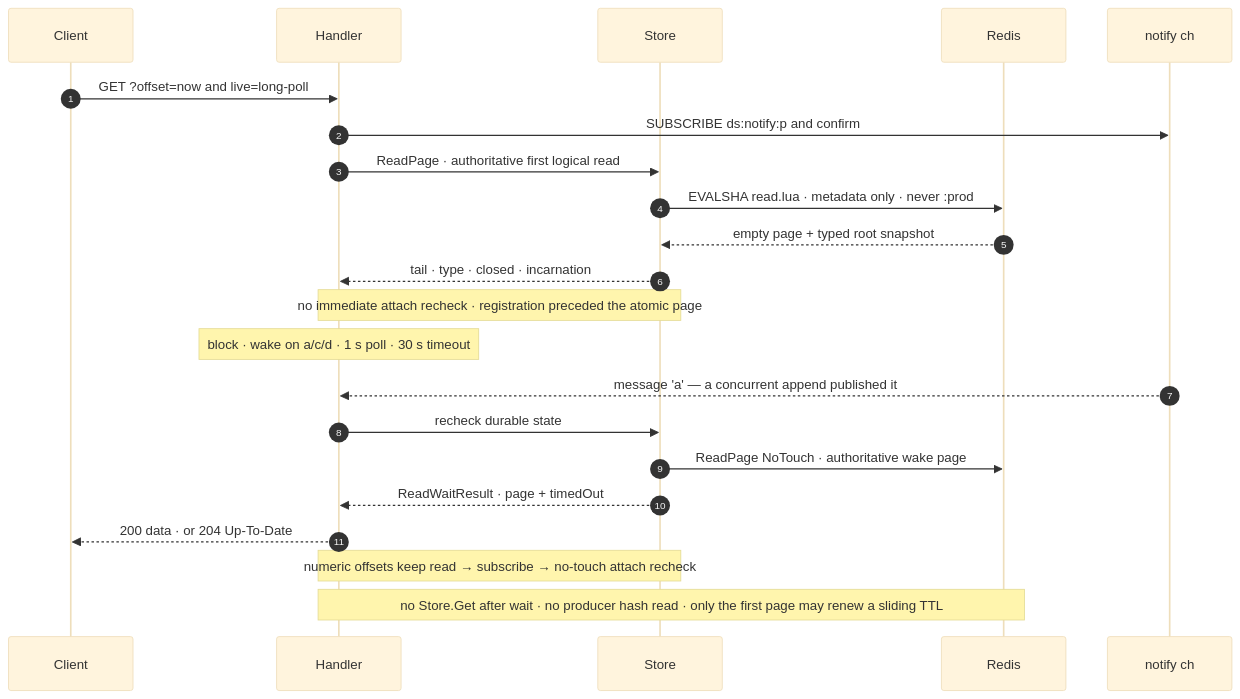
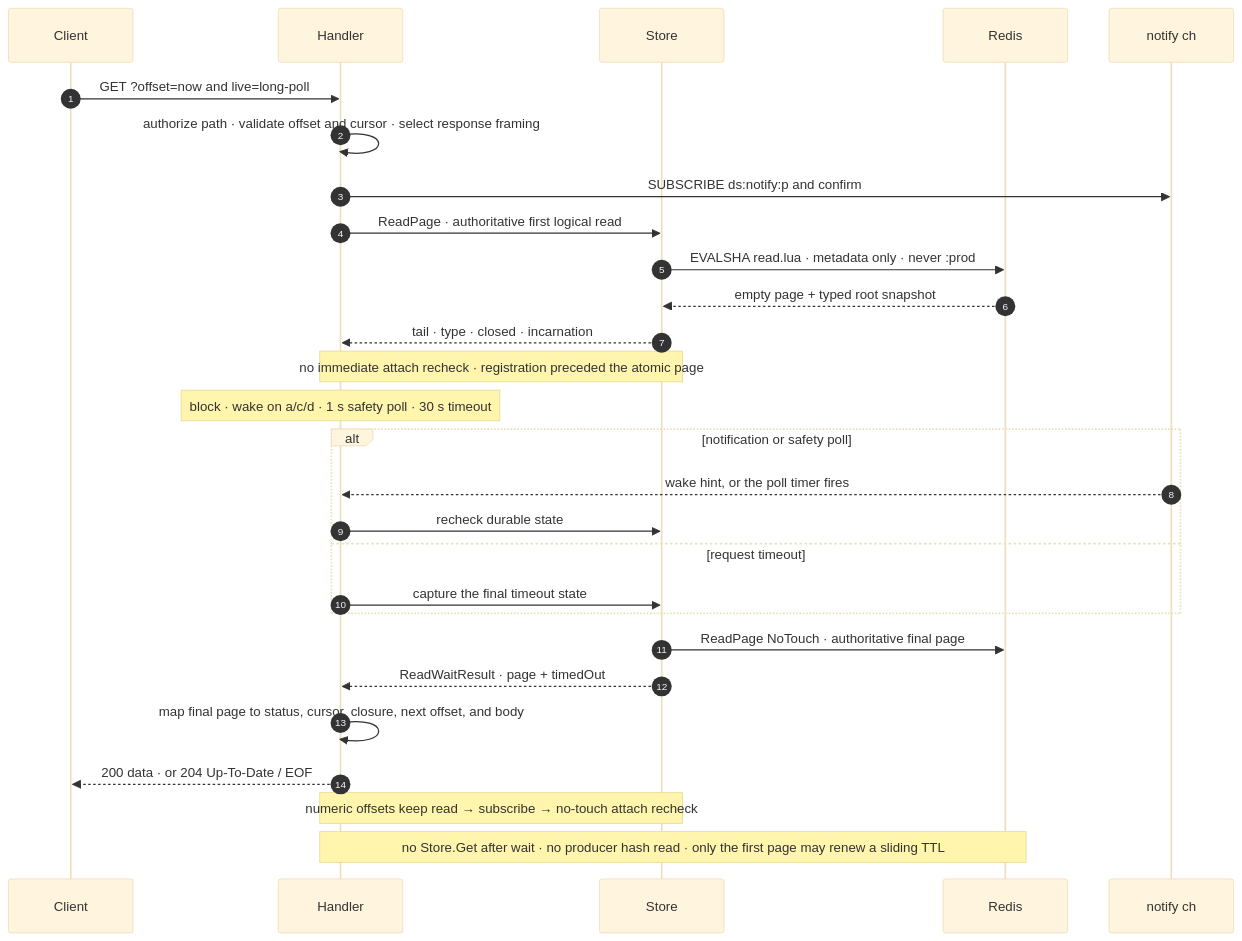
The diagram in docs-site/diagrams/seq-longpoll.mmd (adityavkk/chronicle), drawn with Mermaid (base theme) before and after one commit. The commit also changed 35 other files, not shown here.

```diff
--- a/docs-site/diagrams/seq-longpoll.mmd
+++ b/docs-site/diagrams/seq-longpoll.mmd
@@ -1,22 +1,28 @@
 sequenceDiagram
     autonumber
     participant C as Client
     participant H as Handler
     participant S as Store
     participant R as Redis
     participant N as notify ch
     C->>H: GET ?offset=now and live=long-poll
+    H->>H: authorize path · validate offset and cursor · select response framing
     H->>N: SUBSCRIBE ds:notify:p and confirm
     H->>S: ReadPage · authoritative first logical read
     S->>R: EVALSHA read.lua · metadata only · never :prod
     R-->>S: empty page + typed root snapshot
     S-->>H: tail · type · closed · incarnation
     Note over H,S: no immediate attach recheck · registration preceded the atomic page
-    Note over H: block · wake on a/c/d · 1 s poll · 30 s timeout
-    N-->>H: message 'a' — a concurrent append published it
-    H->>S: recheck durable state
-    S->>R: ReadPage NoTouch · authoritative wake page
+    Note over H: block · wake on a/c/d · 1 s safety poll · 30 s timeout
+    alt notification or safety poll
+        N-->>H: wake hint, or the poll timer fires
+        H->>S: recheck durable state
+    else request timeout
+        H->>S: capture the final timeout state
+    end
+    S->>R: ReadPage NoTouch · authoritative final page
     S-->>H: ReadWaitResult · page + timedOut
-    H-->>C: 200 data · or 204 Up-To-Date
+    H->>H: map final page to status, cursor, closure, next offset, and body
+    H-->>C: 200 data · or 204 Up-To-Date / EOF
     Note over H,S: numeric offsets keep read → subscribe → no-touch attach recheck
     Note over H,R: no Store.Get after wait · no producer hash read · only the first page may renew a sliding TTL
```
